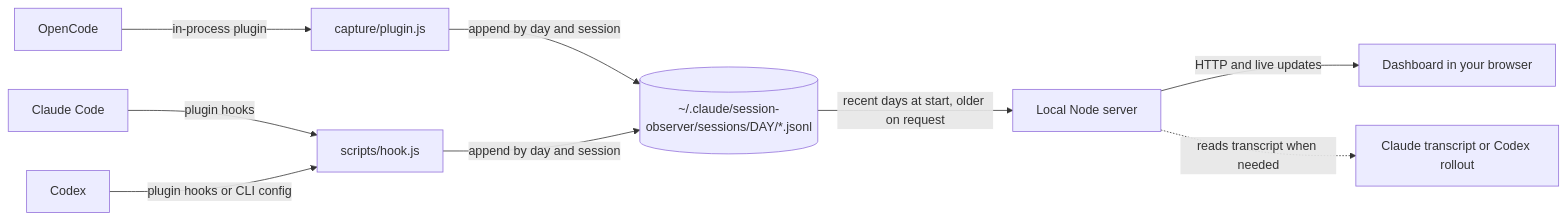
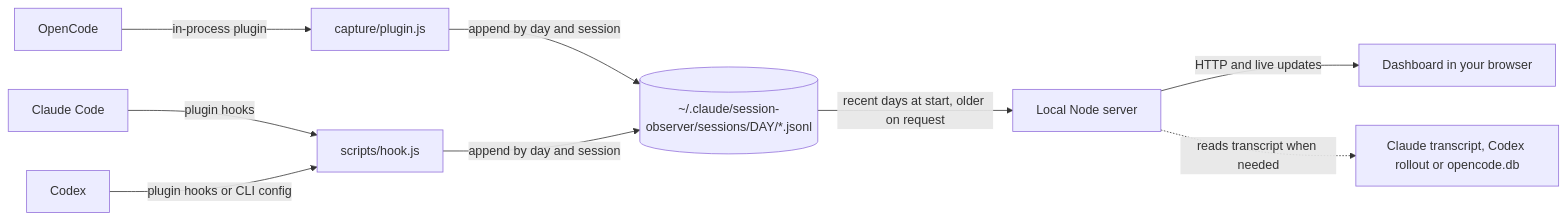
Before and after one commit to radekwojpl2/session-observer: the first of 3 diagrams in README.md, drawn with Mermaid. The commit also changed other lines of this file and 8 other files, not shown here.

```diff
--- a/README.md
+++ b/README.md
@@ -43,11 +43,11 @@
 ~~~mermaid
 flowchart LR
   C[Claude Code] -->|plugin hooks| H[scripts/hook.js]
   X[Codex] -->|plugin hooks or CLI config| H
   O[OpenCode] -->|in-process plugin| P[capture/plugin.js]
   P -->|append by day and session| L
   H -->|append by day and session| L[(~/.claude/session-observer/sessions/DAY/*.jsonl)]
   L -->|recent days at start, older on request| S[Local Node server]
   S -->|HTTP and live updates| D[Dashboard in your browser]
-  S -. reads transcript when needed .-> T[Claude transcript or Codex rollout]
+  S -. reads transcript when needed .-> T[Claude transcript, Codex rollout or opencode.db]
 ~~~
```
